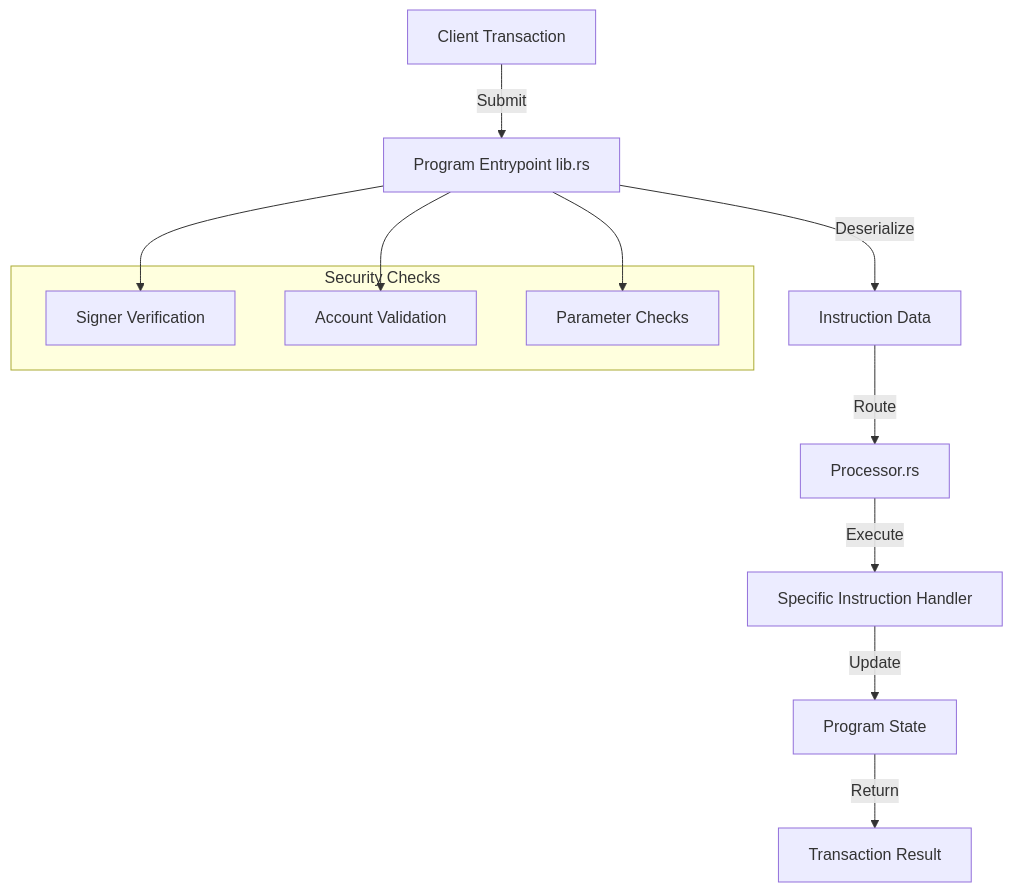
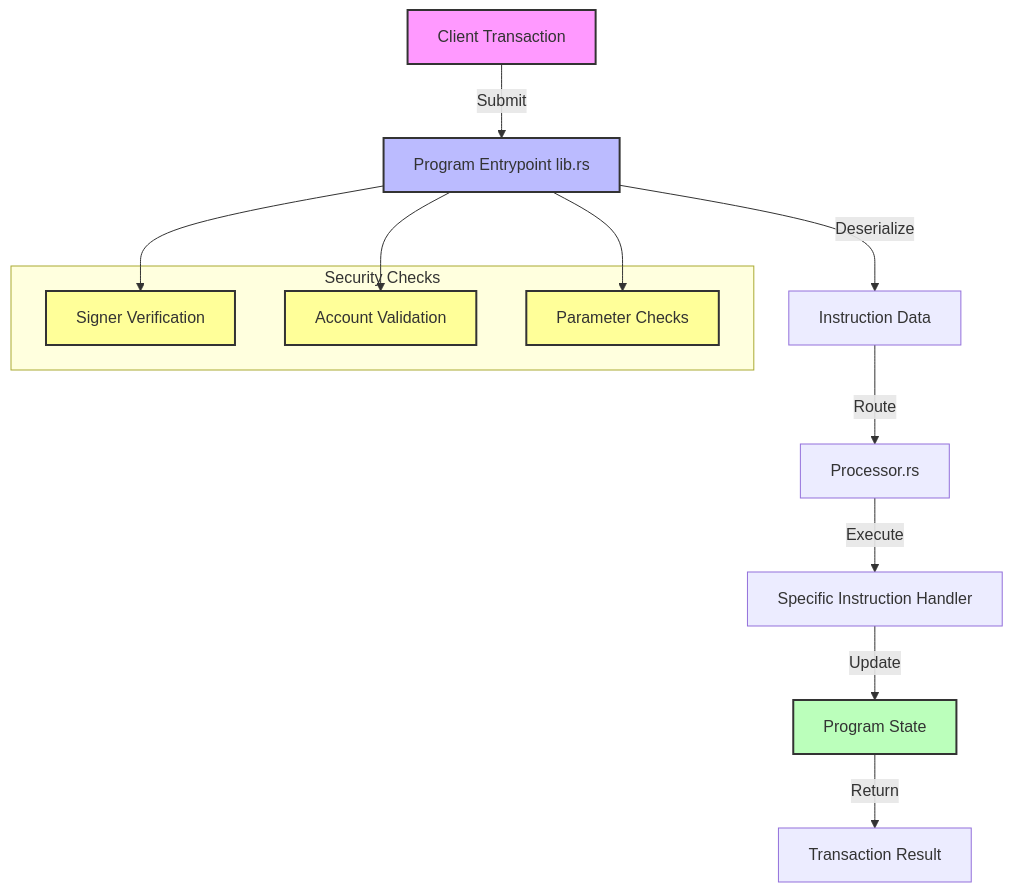
One commit to twannasleep/simple-token-exchange changed the first of 5 diagrams in docs/code-workflow.md. Above: the diagram before and after it, drawn with Mermaid. The commit also changed other lines of this file and 4 other files, not shown here.

````diff
--- a/docs/code-workflow.md
+++ b/docs/code-workflow.md
@@ -5,19 +35,26 @@
 ```mermaid
 graph TD
     A[Client Transaction] -->|Submit| B[Program Entrypoint lib.rs]
     B -->|Deserialize| C[Instruction Data]
     C -->|Route| D[Processor.rs]
     D -->|Execute| E[Specific Instruction Handler]
     E -->|Update| F[Program State]
     F -->|Return| G[Transaction Result]
 
     subgraph Security Checks
         H[Signer Verification]
         I[Account Validation]
         J[Parameter Checks]
     end
 
     B --> H
     B --> I
     B --> J
+
+    style A fill:#f9f,stroke:#333,stroke-width:2px
+    style B fill:#bbf,stroke:#333,stroke-width:2px
+    style F fill:#bfb,stroke:#333,stroke-width:2px
+    style H fill:#ff9,stroke:#333,stroke-width:2px
+    style I fill:#ff9,stroke:#333,stroke-width:2px
+    style J fill:#ff9,stroke:#333,stroke-width:2px
 ```
````
